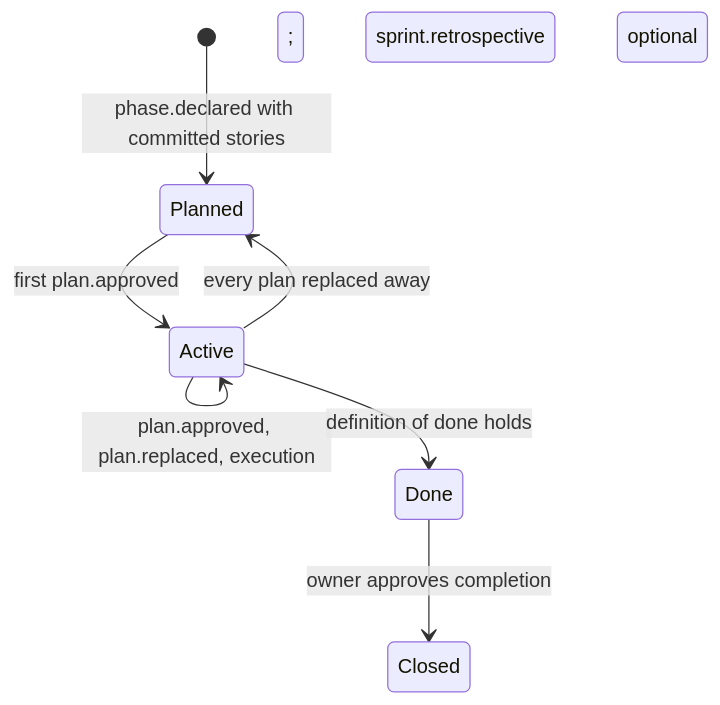
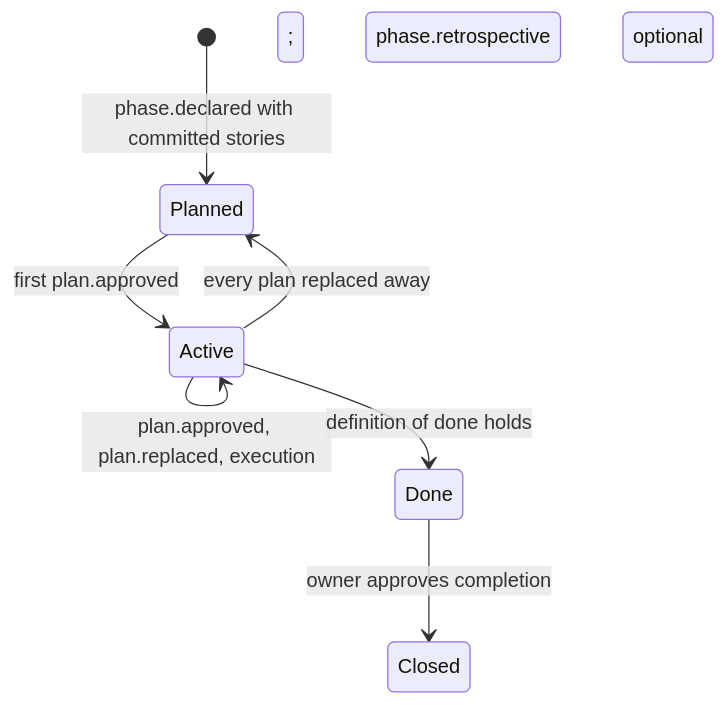
Before and after one commit to crenshawdev/baley: the third of 8 diagrams in docs/design/0005-context-plans-and-acceptance.md, drawn with Mermaid. The commit also changed other lines of this file and 21 other files, not shown here.

````diff
--- a/docs/design/0005-context-plans-and-acceptance.md
+++ b/docs/design/0005-context-plans-and-acceptance.md
@@ -243,9 +333,9 @@
 ```mermaid
 stateDiagram-v2
   [*] --> Planned: phase.declared with committed stories
   Planned --> Active: first plan.approved
   Active --> Active: plan.approved, plan.replaced, execution
   Active --> Done: definition of done holds
-  Done --> Closed: owner approves completion; sprint.retrospective optional
+  Done --> Closed: owner approves completion; phase.retrospective optional
   Active --> Planned: every plan replaced away
 ```
````
